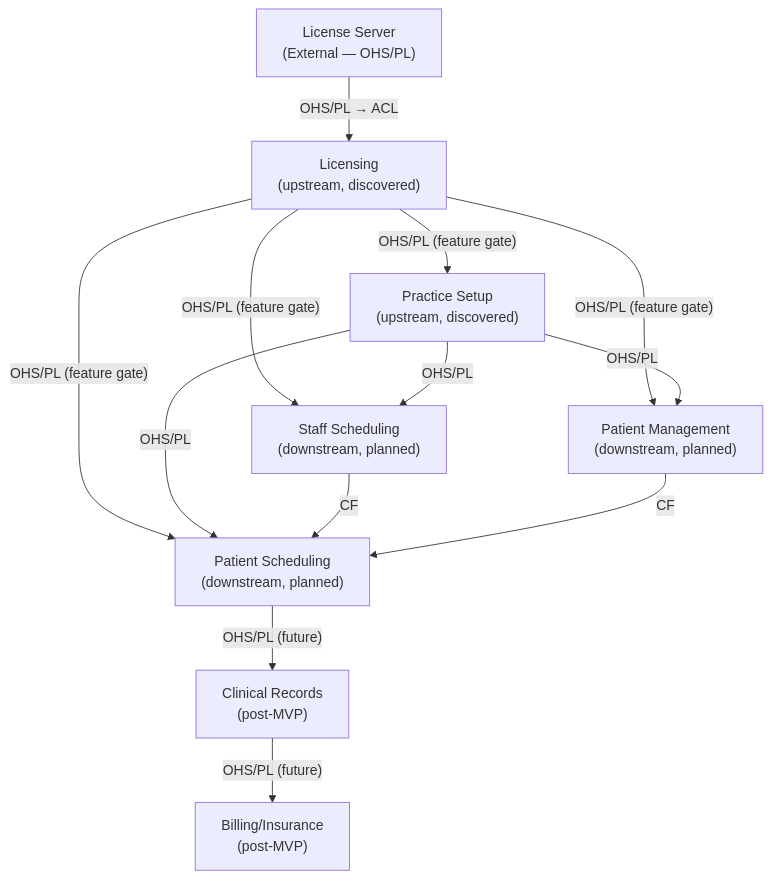
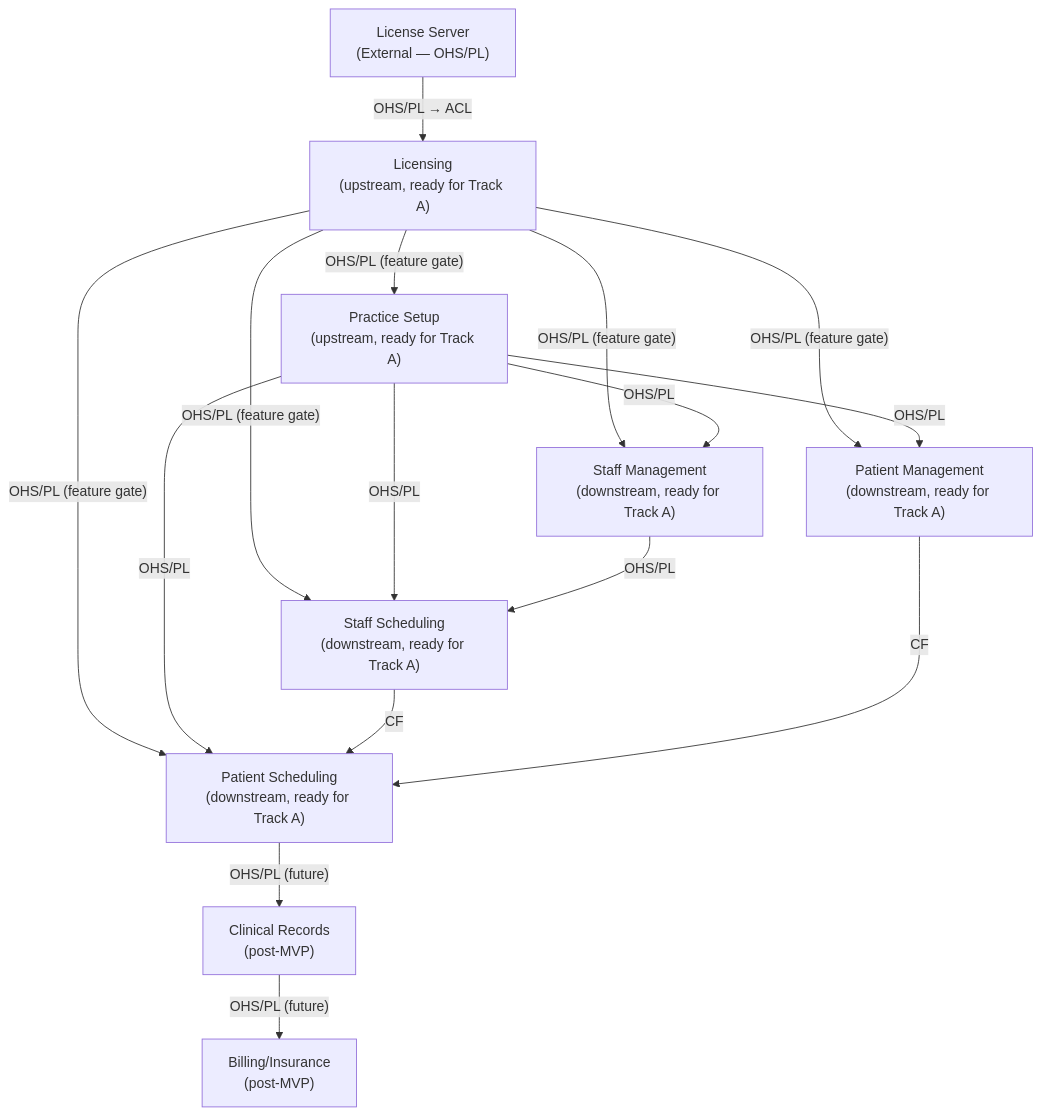
Before and after one commit to TJMSolns/belsouri-reboot: the diagram in doc/domain/context-maps/context-map.md, drawn with Mermaid. The commit also changed other lines of this file and 7 other files, not shown here.

````diff
--- a/doc/domain/context-maps/context-map.md
+++ b/doc/domain/context-maps/context-map.md
@@ -33,24 +34,28 @@
 ```mermaid
 graph TD
     LS_EXT["License Server\n(External — OHS/PL)"]
-    LIC["Licensing\n(upstream, discovered)"]
-    PS["Practice Setup\n(upstream, discovered)"]
-    SS["Staff Scheduling\n(downstream, planned)"]
-    PM["Patient Management\n(downstream, planned)"]
-    PSched["Patient Scheduling\n(downstream, planned)"]
+    LIC["Licensing\n(upstream, ready for Track A)"]
+    PS["Practice Setup\n(upstream, ready for Track A)"]
+    SM["Staff Management\n(downstream, ready for Track A)"]
+    SS["Staff Scheduling\n(downstream, ready for Track A)"]
+    PM["Patient Management\n(downstream, ready for Track A)"]
+    PSched["Patient Scheduling\n(downstream, ready for Track A)"]
     CR["Clinical Records\n(post-MVP)"]
     BI["Billing/Insurance\n(post-MVP)"]
 
     LS_EXT -->|"OHS/PL → ACL"| LIC
     LIC -->|"OHS/PL (feature gate)"| PS
+    LIC -->|"OHS/PL (feature gate)"| SM
     LIC -->|"OHS/PL (feature gate)"| SS
     LIC -->|"OHS/PL (feature gate)"| PM
     LIC -->|"OHS/PL (feature gate)"| PSched
+    PS -->|"OHS/PL"| SM
     PS -->|"OHS/PL"| SS
     PS -->|"OHS/PL"| PM
     PS -->|"OHS/PL"| PSched
+    SM -->|"OHS/PL"| SS
     SS -->|"CF"| PSched
     PM -->|"CF"| PSched
     PSched -->|"OHS/PL (future)"| CR
     CR -->|"OHS/PL (future)"| BI
 ```
````
